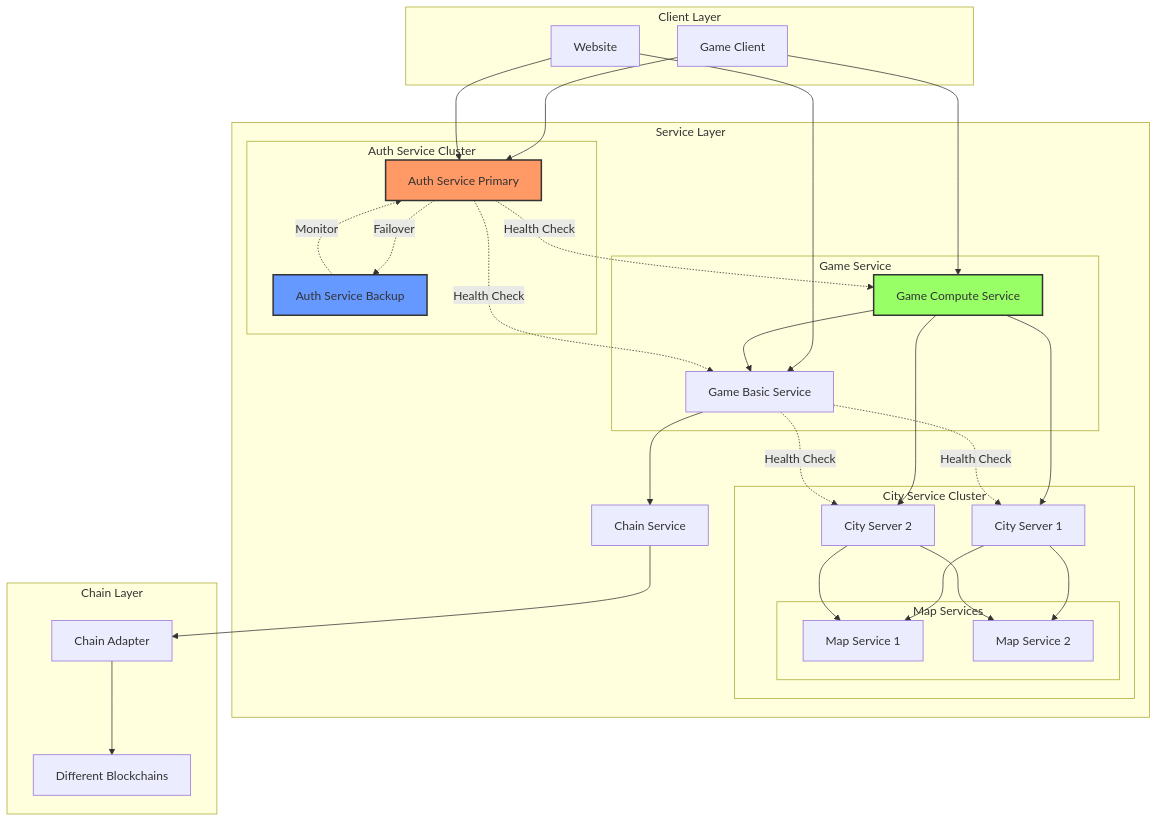
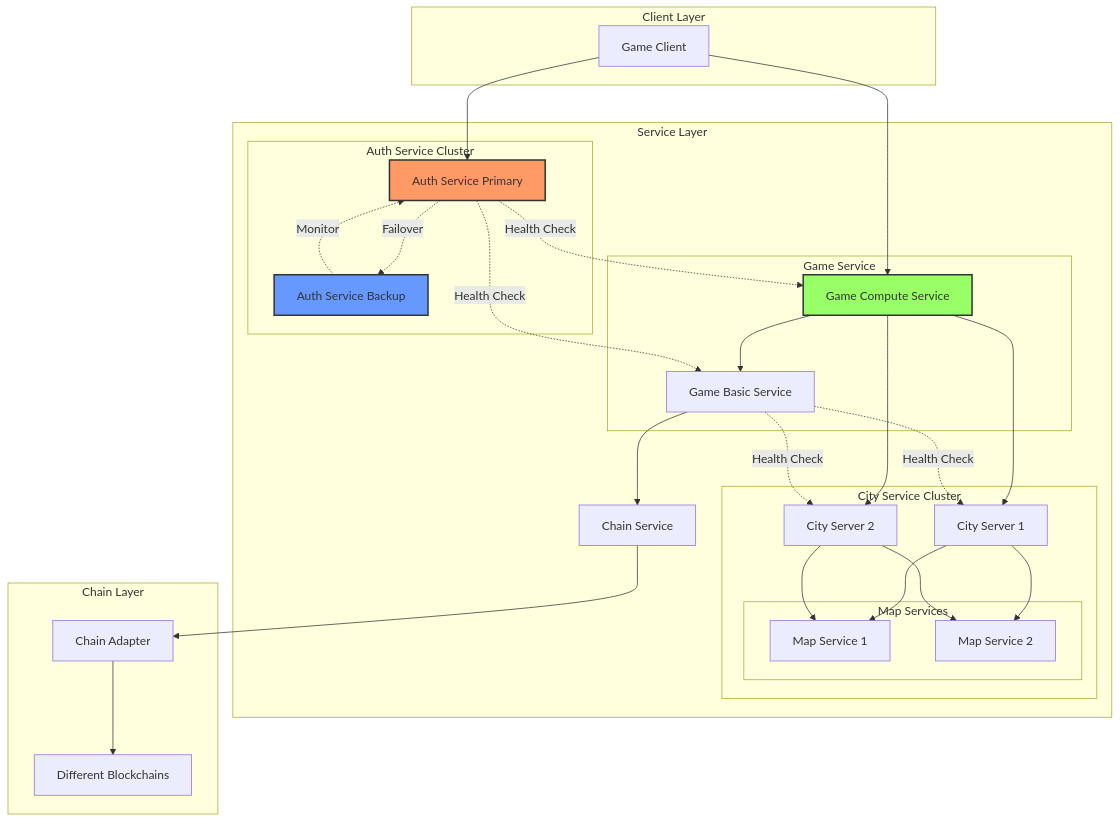
The diagram in README.md (CMUBA/ArcadiaNode), drawn with Mermaid before and after one commit. The commit also changed other lines of this file and 13 other files, not shown here.

````diff
--- a/README.md
+++ b/README.md
@@ -5,75 +5,72 @@
 ```mermaid
 graph TD
     subgraph Client Layer
         A[Game Client]
-        W[Website]
     end
 
     subgraph Service Layer
         subgraph Auth Service Cluster
             C1[Auth Service Primary]
             C2[Auth Service Backup]
         end
 
         subgraph Game Service
             D1[Game Basic Service]
             D2[Game Compute Service]
         end
 
         subgraph City Service Cluster
             M1[City Server 1]
             M2[City Server 2]
             subgraph Map Services
                 MP1[Map Service 1]
                 MP2[Map Service 2]
             end
         end
 
         E[Chain Service]
     end
 
     subgraph Chain Layer
         F[Chain Adapter]
         G[Different Blockchains]
     end
 
     %% Client Layer connections
     A --> C1
     A --> D2
-    W --> C1
-    W --> D1
 
     %% Auth Service connections
     C1 -.->|Failover| C2
     C2 -.->|Monitor| C1
 
     %% Game Service connections
     D1 --> E
     D2 --> D1
     D2 --> M1
     D2 --> M2
 
     %% City Service connections
     M1 --> MP1
     M1 --> MP2
     M2 --> MP1
     M2 --> MP2
 
     %% Chain Layer connections
     E --> F
     F --> G
 
     %% Service Discovery and Recovery
     C1 -.->|Health Check| D1
     C1 -.->|Health Check| D2
     D1 -.->|Health Check| M1
     D1 -.->|Health Check| M2
 
     classDef primary fill:#f96,stroke:#333,stroke-width:2px
     classDef backup fill:#69f,stroke:#333,stroke-width:2px
     classDef compute fill:#9f6,stroke:#333,stroke-width:2px
     
     class C1 primary
     class C2 backup
     class D2 compute
 ```
````
